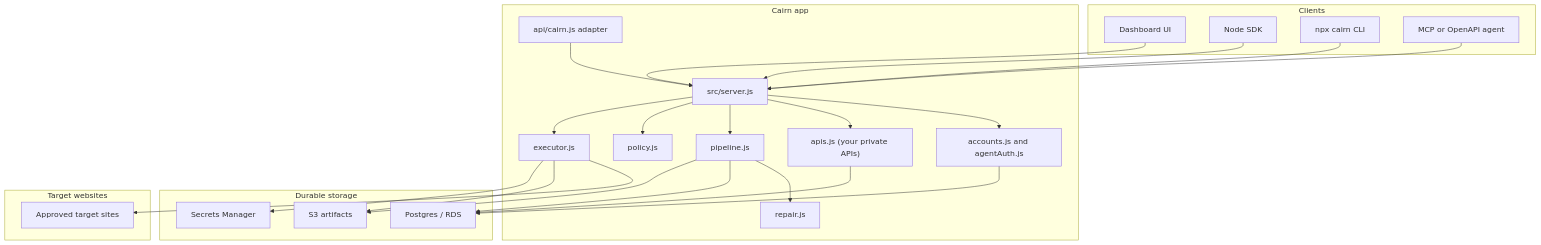
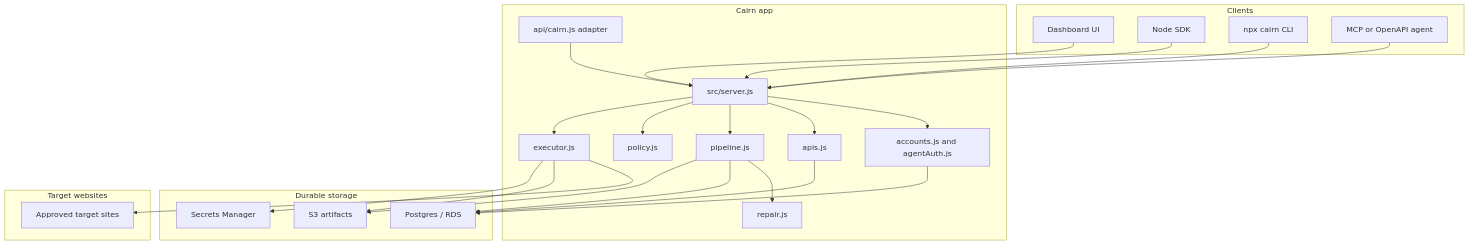
Before and after one commit to arav31/Cairn-AI: the second of 2 diagrams in README.md, drawn with Mermaid. The commit also changed other lines of this file, not shown here.

````diff
--- a/README.md
+++ b/README.md
@@ -52,49 +136,49 @@
 ```mermaid
 flowchart TB
   subgraph Clients["Clients"]
     Dashboard["Dashboard UI"]
     SDK["Node SDK"]
     CLI["npx cairn CLI"]
     Agent["MCP or OpenAPI agent"]
   end
 
   subgraph App["Cairn app"]
     Server["src/server.js"]
     Vercel["api/cairn.js adapter"]
-    Apis["apis.js (your private APIs)"]
+    Apis["apis.js"]
     Accounts["accounts.js and agentAuth.js"]
     Pipeline["pipeline.js"]
     Policy["policy.js"]
     Executor["executor.js"]
     Repair["repair.js"]
   end
 
   subgraph Storage["Durable storage"]
     Postgres["Postgres / RDS"]
     S3["S3 artifacts"]
     Secrets["Secrets Manager"]
   end
 
   subgraph Targets["Target websites"]
     Sites["Approved target sites"]
   end
 
   Dashboard --> Server
   SDK --> Server
   CLI --> Server
   Agent --> Server
   Vercel --> Server
   Server --> Accounts
   Server --> Apis
   Server --> Pipeline
   Server --> Policy
   Server --> Executor
   Pipeline --> Repair
   Accounts --> Postgres
   Apis --> Postgres
   Pipeline --> Postgres
   Pipeline --> S3
   Executor --> Sites
   Executor --> S3
   Executor --> Secrets
 ```
````
